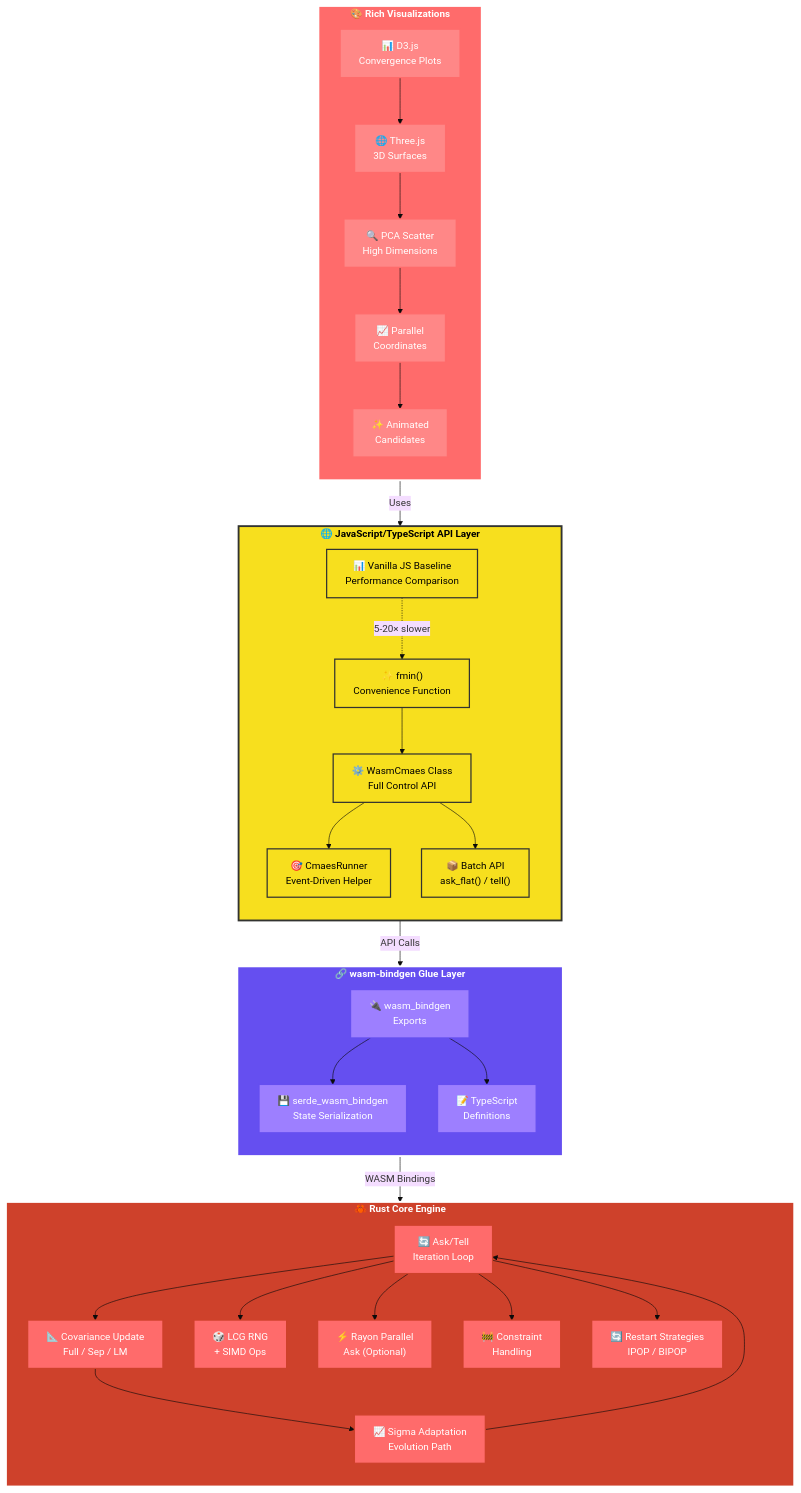
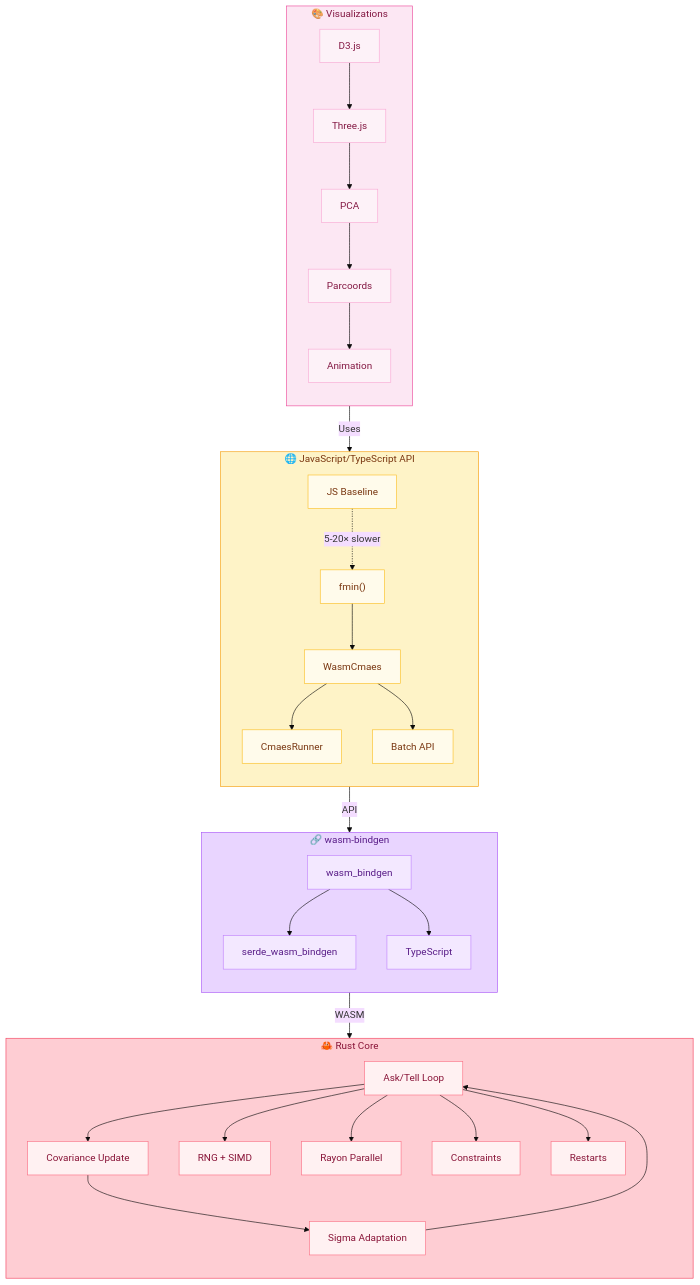
One commit to joyshmitz/wasm_cmaes changed the diagram in README.md. Above: the diagram before and after it, drawn with Mermaid (base theme). The commit also changed other lines of this file and 11 other files, not shown here.

First line of the commit message:
docs: improve README with better styling, badges, and mermaid diagrams

````diff
--- a/README.md
+++ b/README.md
@@ -69,12 +68,12 @@
 ```mermaid
 flowchart TB
-    subgraph Layer1["🌐 JavaScript/TypeScript API Layer"]
+    subgraph Layer1["🌐 JavaScript/TypeScript API"]
         direction TB
-        A1["✨ fmin()<br/>Convenience Function"]
-        A2["⚙️ WasmCmaes Class<br/>Full Control API"]
-        A3["🎯 CmaesRunner<br/>Event-Driven Helper"]
-        A4["📦 Batch API<br/>ask_flat() / tell()"]
-        A5["📊 Vanilla JS Baseline<br/>Performance Comparison"]
+        A1["fmin()"]
+        A2["WasmCmaes"]
+        A3["CmaesRunner"]
+        A4["Batch API"]
+        A5["JS Baseline"]
         
         A1 --> A2
         A2 --> A3
@@ -82,25 +81,25 @@
         A5 -.->|"5-20× slower"| A1
     end
 
-    subgraph Layer2["🔗 wasm-bindgen Glue Layer"]
+    subgraph Layer2["🔗 wasm-bindgen"]
         direction TB
-        B1["🔌 wasm_bindgen<br/>Exports"]
-        B2["💾 serde_wasm_bindgen<br/>State Serialization"]
-        B3["📝 TypeScript<br/>Definitions"]
+        B1["wasm_bindgen"]
+        B2["serde_wasm_bindgen"]
+        B3["TypeScript"]
         
         B1 --> B2
         B1 --> B3
     end
 
-    subgraph Layer3["🦀 Rust Core Engine"]
+    subgraph Layer3["🦀 Rust Core"]
         direction TB
-        C1["🔄 Ask/Tell<br/>Iteration Loop"]
-        C2["📐 Covariance Update<br/>Full / Sep / LM"]
-        C3["📈 Sigma Adaptation<br/>Evolution Path"]
-        C4["🎲 LCG RNG<br/>+ SIMD Ops"]
-        C5["⚡ Rayon Parallel<br/>Ask (Optional)"]
-        C6["🚧 Constraint<br/>Handling"]
-        C7["🔄 Restart Strategies<br/>IPOP / BIPOP"]
+        C1["Ask/Tell Loop"]
+        C2["Covariance Update"]
+        C3["Sigma Adaptation"]
+        C4["RNG + SIMD"]
+        C5["Rayon Parallel"]
+        C6["Constraints"]
+        C7["Restarts"]
         
         C1 --> C2
         C2 --> C3
@@ -111,13 +110,13 @@
         C1 --> C7
     end
 
-    subgraph Layer4["🎨 Rich Visualizations"]
+    subgraph Layer4["🎨 Visualizations"]
         direction TB
-        D1["📊 D3.js<br/>Convergence Plots"]
-        D2["🌐 Three.js<br/>3D Surfaces"]
-        D3["🔍 PCA Scatter<br/>High Dimensions"]
-        D4["📈 Parallel<br/>Coordinates"]
-        D5["✨ Animated<br/>Candidates"]
+        D1["D3.js"]
+        D2["Three.js"]
+        D3["PCA"]
+        D4["Parcoords"]
+        D5["Animation"]
         
         D1 --> D2
         D2 --> D3
@@ -125,19 +124,19 @@
         D4 --> D5
     end
 
-    Layer1 -->|"API Calls"| Layer2
-    Layer2 -->|"WASM Bindings"| Layer3
+    Layer1 -->|"API"| Layer2
+    Layer2 -->|"WASM"| Layer3
     Layer4 -->|"Uses"| Layer1
 
-    classDef jsLayer fill:#f7df1e,stroke:#323330,stroke-width:3px,color:#000,font-weight:bold
-    classDef wasmLayer fill:#654ff0,stroke:#fff,stroke-width:3px,color:#fff,font-weight:bold
-    classDef rustLayer fill:#ce412b,stroke:#fff,stroke-width:3px,color:#fff,font-weight:bold
-    classDef vizLayer fill:#ff6b6b,stroke:#fff,stroke-width:3px,color:#fff,font-weight:bold
+    classDef jsLayer fill:#fef3c7,stroke:#f59e0b,stroke-width:1px,color:#78350f
+    classDef wasmLayer fill:#e9d5ff,stroke:#a855f7,stroke-width:1px,color:#581c87
+    classDef rustLayer fill:#fecdd3,stroke:#f43f5e,stroke-width:1px,color:#881337
+    classDef vizLayer fill:#fce7f3,stroke:#ec4899,stroke-width:1px,color:#831843
     
-    classDef jsNode fill:#f7df1e,stroke:#323330,stroke-width:2px,color:#000
-    classDef wasmNode fill:#9d7fff,stroke:#654ff0,stroke-width:2px,color:#fff
-    classDef rustNode fill:#ff6b6b,stroke:#ce412b,stroke-width:2px,color:#fff
-    classDef vizNode fill:#ff8787,stroke:#ff6b6b,stroke-width:2px,color:#fff
+    classDef jsNode fill:#fffbeb,stroke:#fbbf24,stroke-width:1px,color:#78350f
+    classDef wasmNode fill:#f3e8ff,stroke:#c084fc,stroke-width:1px,color:#581c87
+    classDef rustNode fill:#fff1f2,stroke:#fb7185,stroke-width:1px,color:#881337
+    classDef vizNode fill:#fdf2f8,stroke:#f9a8d4,stroke-width:1px,color:#831843
 
     class Layer1 jsLayer
     class Layer2 wasmLayer
````
